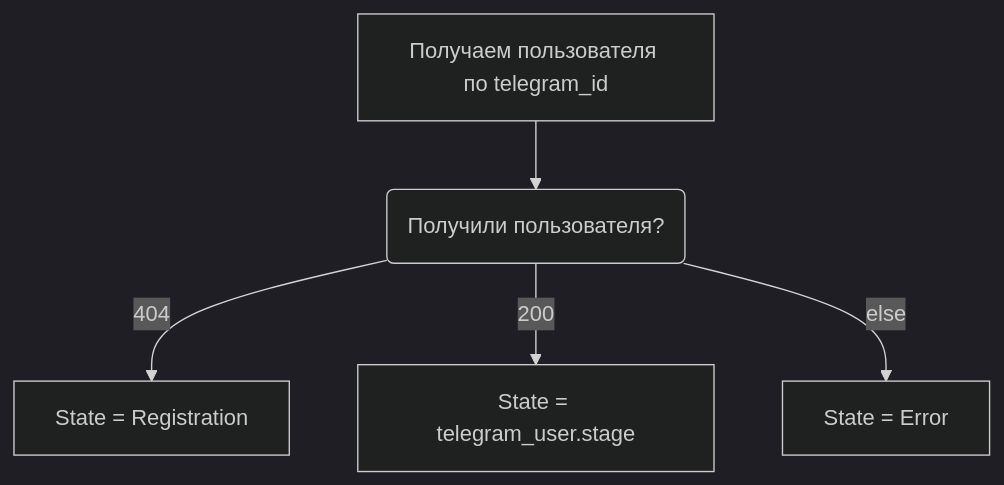
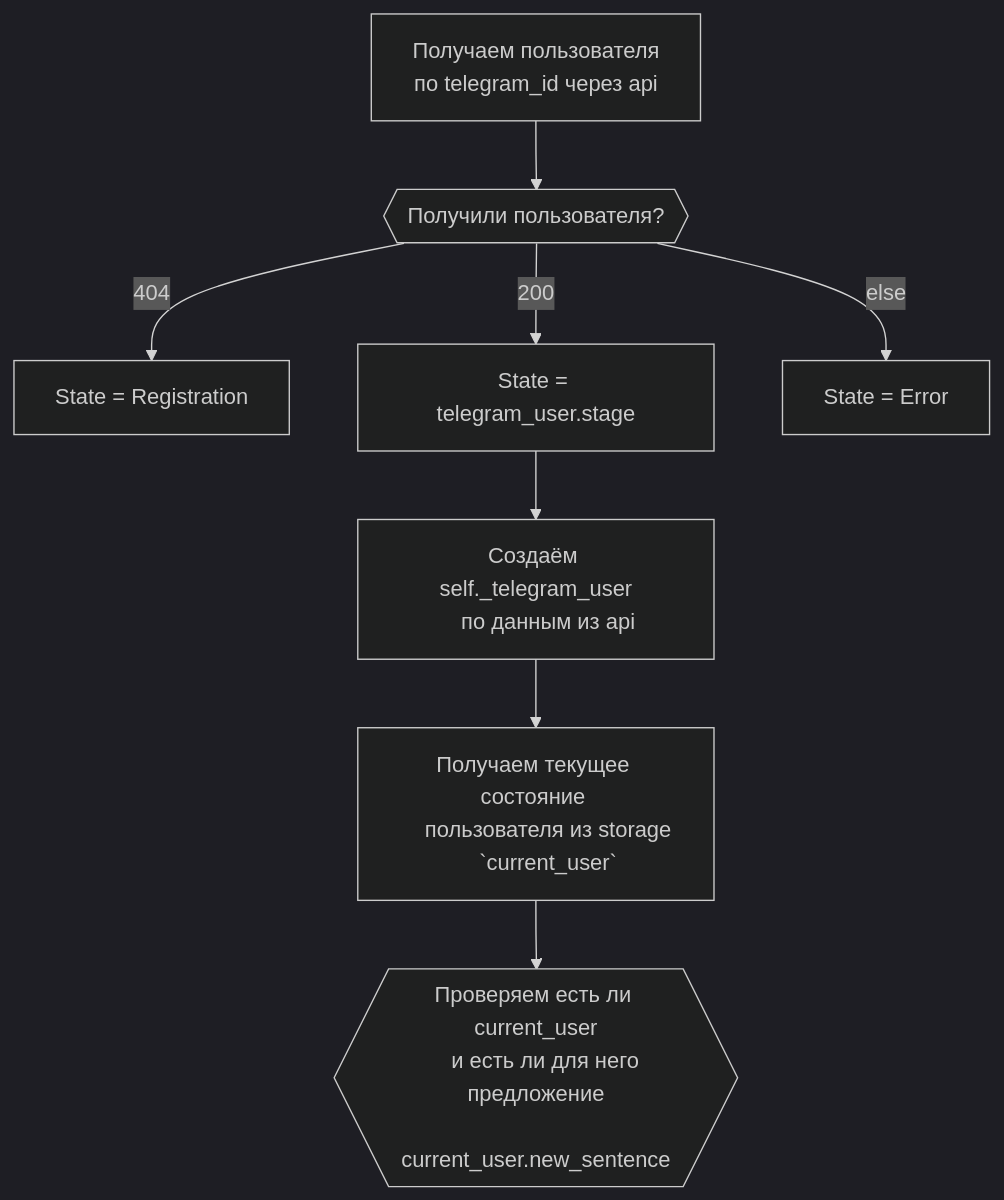
The diagram in documentation/middlewears_set_state.md (psgaiduk/learning_en_telegram_bot), drawn with Mermaid (dark theme) before and after one commit.

Commit message:
docs(documentation): add get current user middlewears_set_state

````diff
--- a/documentation/middlewears_set_state.md
+++ b/documentation/middlewears_set_state.md
@@ -1,7 +1,23 @@
 ```mermaid
 graph TD;
-    start[Получаем пользователя по telegram_id] --> check_get_user(Получили пользователя?)
+    start[Получаем пользователя
+    по telegram_id через api
+    ] --> check_get_user{{Получили пользователя?}}
     check_get_user --> |404| user_not_found[State = Registration]
     check_get_user --> |200| user_found[State = telegram_user.stage]
     check_get_user --> |else| error_user[State = Error]
+    user_found --> create_telegram_user[
+    Создаём self._telegram_user
+    по данным из api
+    ]
+    create_telegram_user --> get_current_telegram_user[
+    Получаем текущее состояние 
+    пользователя из storage
+    `current_user`
+    ]
+    get_current_telegram_user --> check_current_user{{
+    Проверяем есть ли current_user
+    и есть ли для него предложение
+    current_user.new_sentence
+    }}
 ```
````
